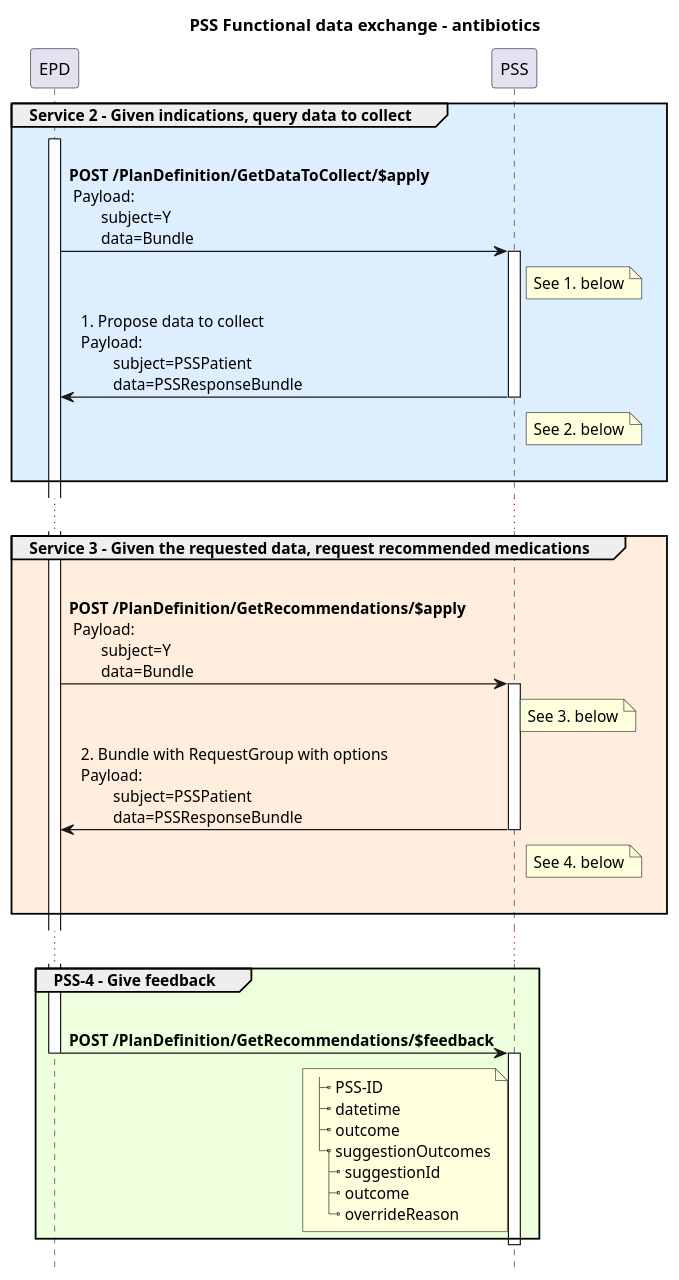
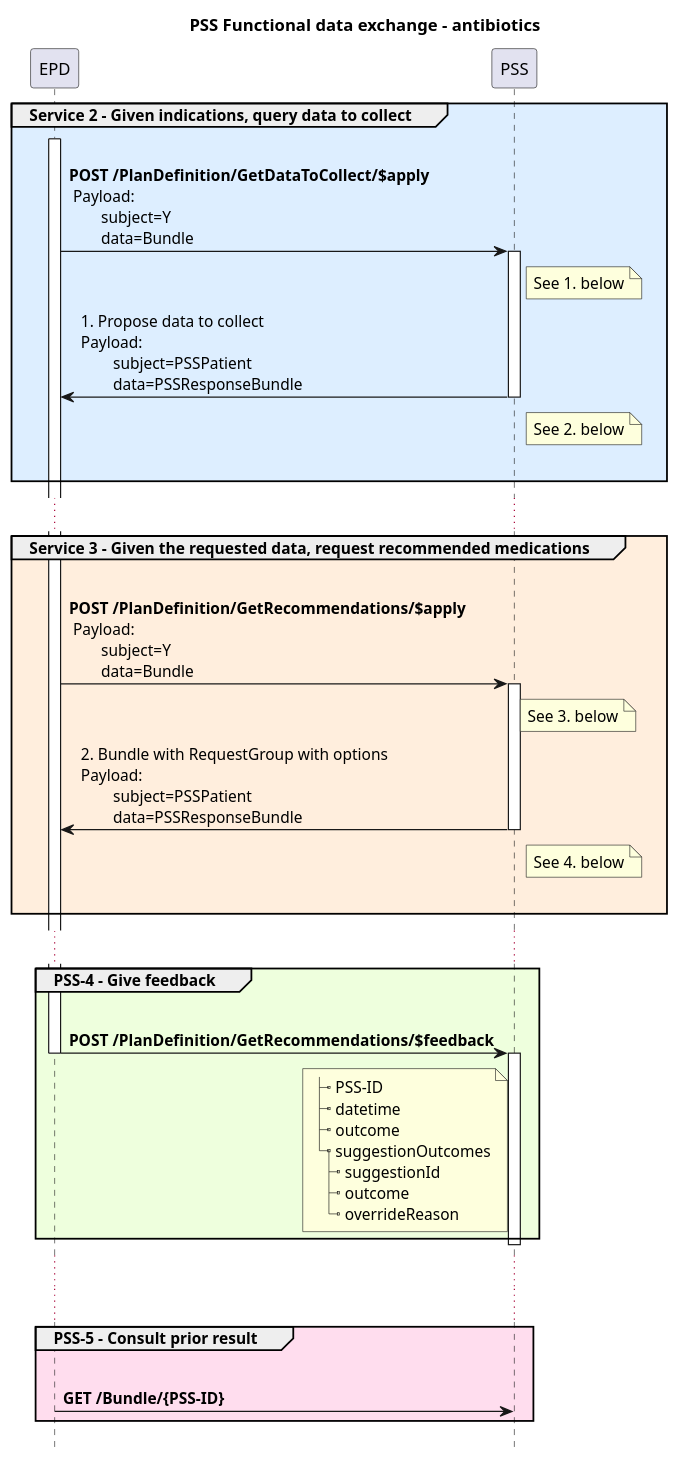
One commit to hl7-be/pss changed the diagram in input/images-source/pss-flow-antimicrobiology.plantuml. Above: the diagram before and after it, drawn with PlantUML. The commit also changed 1 other file, not shown here.

Commit message:
Add Consult Service
#116

```diff
--- a/input/images-source/pss-flow-antimicrobiology.plantuml
+++ b/input/images-source/pss-flow-antimicrobiology.plantuml
@@ -1,54 +1,60 @@
 @startuml
 !pragma teoz true
 Title PSS Functional data exchange - antibiotics
 hide footbox
 
 
 group #def Service 2 - Given indications, query data to collect
         Activate EPD
         EPD -> PSS : \n**POST /PlanDefinition/GetDataToCollect/$apply**\n Payload:\n        subject=Y\n        data=Bundle
         Activate PSS
         note right of PSS
 See 1. below
         end note
 
         PSS -> EPD: 1. Propose data to collect\nPayload:\n        subject=PSSPatient\n        data=PSSResponseBundle
         note right of PSS
 See 2. below
         end note
         deactivate PSS
         |||
 end
 ...
 group #fed Service 3 - Given the requested data, request recommended medications
         EPD -> PSS : \n**POST /PlanDefinition/GetRecommendations/$apply**\n Payload:\n        subject=Y\n        data=Bundle
         note right of PSS
 See 3. below
         end note
         activate PSS
         PSS -> EPD: 2. Bundle with RequestGroup with options\nPayload:\n        subject=PSSPatient\n        data=PSSResponseBundle
         note right of PSS
 See 4. below
         end note
         deactivate PSS
         |||
 
 end
 ...
 group #efd PSS-4 - Give feedback
         EPD -> PSS : \n**POST /PlanDefinition/GetRecommendations/$feedback**
 '        activate EPD
         note left of PSS
 |_ PSS-ID
 |_ datetime
 |_ outcome
 |_ suggestionOutcomes
   |_ suggestionId
   |_ outcome
   |_ overrideReason
         end note
         deactivate EPD
         activate PSS
         deactivate PSS
 end
+...
+...
+group #fde PSS-5 - Consult prior result
+EPD -> PSS : \n**GET /Bundle/{PSS-ID}**
+'        activate EPD
+
 @enduml
```
